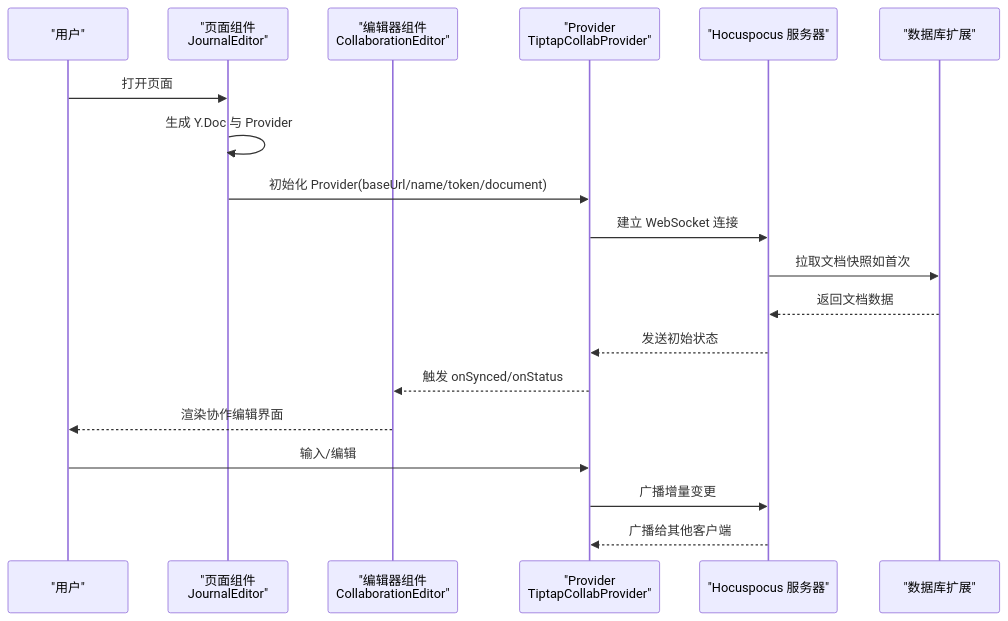
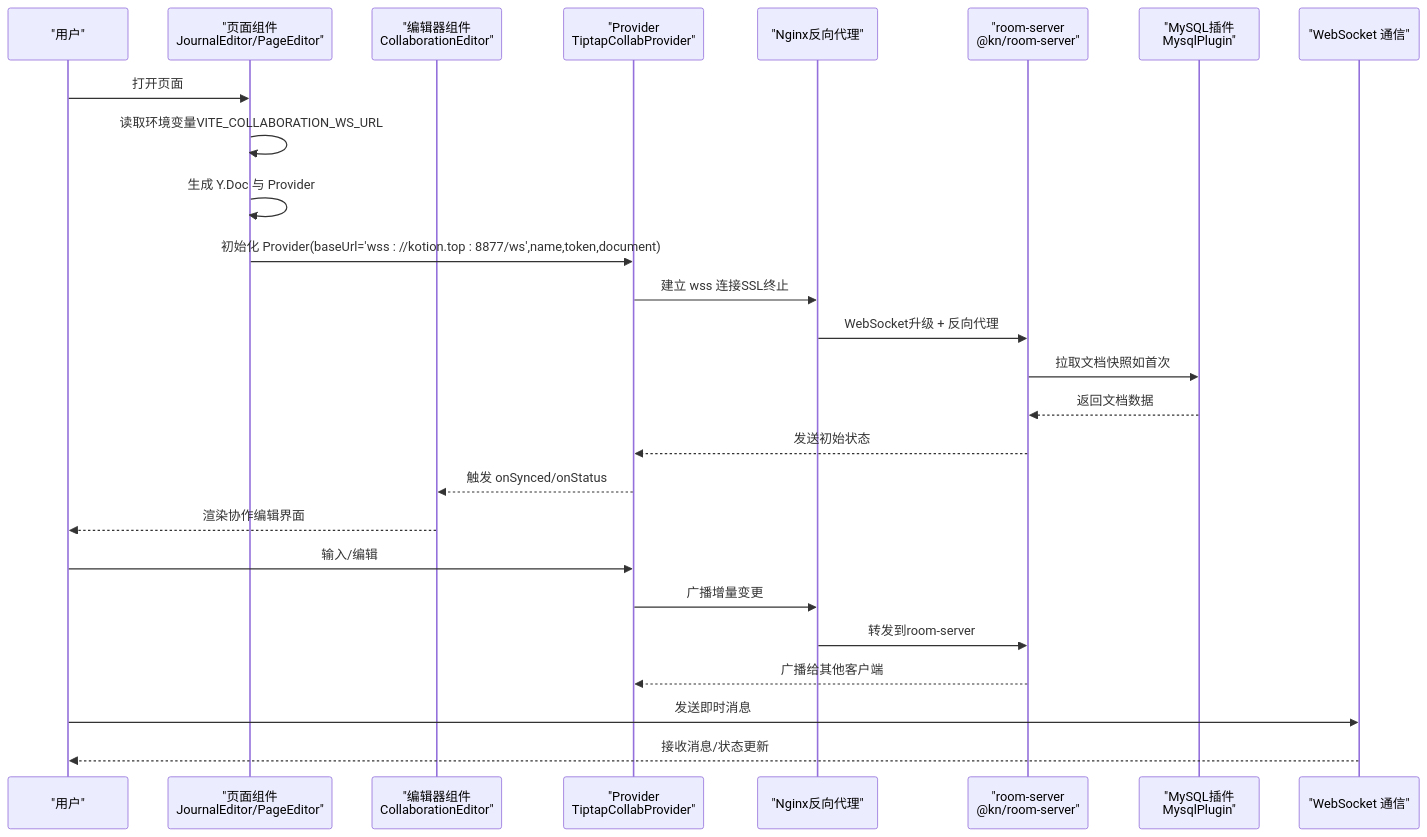
The second of 11 diagrams in .qoder/repowiki/zh/content/核心模块/编辑器核心内核/实时协作功能.md (LRF0422/Kotion), drawn with Mermaid before and after one commit. The commit also changed other lines of this file and 75 other files, not shown here.

````diff
--- a/.qoder/repowiki/zh/content/核心模块/编辑器核心内核/实时协作功能.md
+++ b/.qoder/repowiki/zh/content/核心模块/编辑器核心内核/实时协作功能.md
@@ -78,21 +135,28 @@
 ```mermaid
 sequenceDiagram
 participant U as "用户"
-participant P as "页面组件<br/>JournalEditor"
+participant P as "页面组件<br/>JournalEditor/PageEditor"
 participant E as "编辑器组件<br/>CollaborationEditor"
 participant PR as "Provider<br/>TiptapCollabProvider"
-participant S as "Hocuspocus 服务器"
-participant D as "数据库扩展"
+participant NGINX as "Nginx反向代理"
+participant RS as "room-server<br/>@kn/room-server"
+participant MP as "MySQL插件<br/>MysqlPlugin"
+participant WS as "WebSocket 通信"
 U->>P : 打开页面
+P->>P : 读取环境变量VITE_COLLABORATION_WS_URL
 P->>P : 生成 Y.Doc 与 Provider
-P->>PR : 初始化 Provider(baseUrl/name/token/document)
-PR->>S : 建立 WebSocket 连接
-S->>D : 拉取文档快照如首次
-D-->>S : 返回文档数据
-S-->>PR : 发送初始状态
+P->>PR : 初始化 Provider(baseUrl='wss : //kotion.top : 8877/ws',name,token,document)
+PR->>NGINX : 建立 wss 连接SSL终止
+NGINX->>RS : WebSocket升级 + 反向代理
+RS->>MP : 拉取文档快照如首次
+MP-->>RS : 返回文档数据
+RS-->>PR : 发送初始状态
 PR-->>E : 触发 onSynced/onStatus
 E-->>U : 渲染协作编辑界面
 U->>PR : 输入/编辑
-PR->>S : 广播增量变更
-S-->>PR : 广播给其他客户端
+PR->>NGINX : 广播增量变更
+NGINX->>RS : 转发到room-server
+RS-->>PR : 广播给其他客户端
+U->>WS : 发送即时消息
+WS-->>U : 接收消息/状态更新
 ```
````
